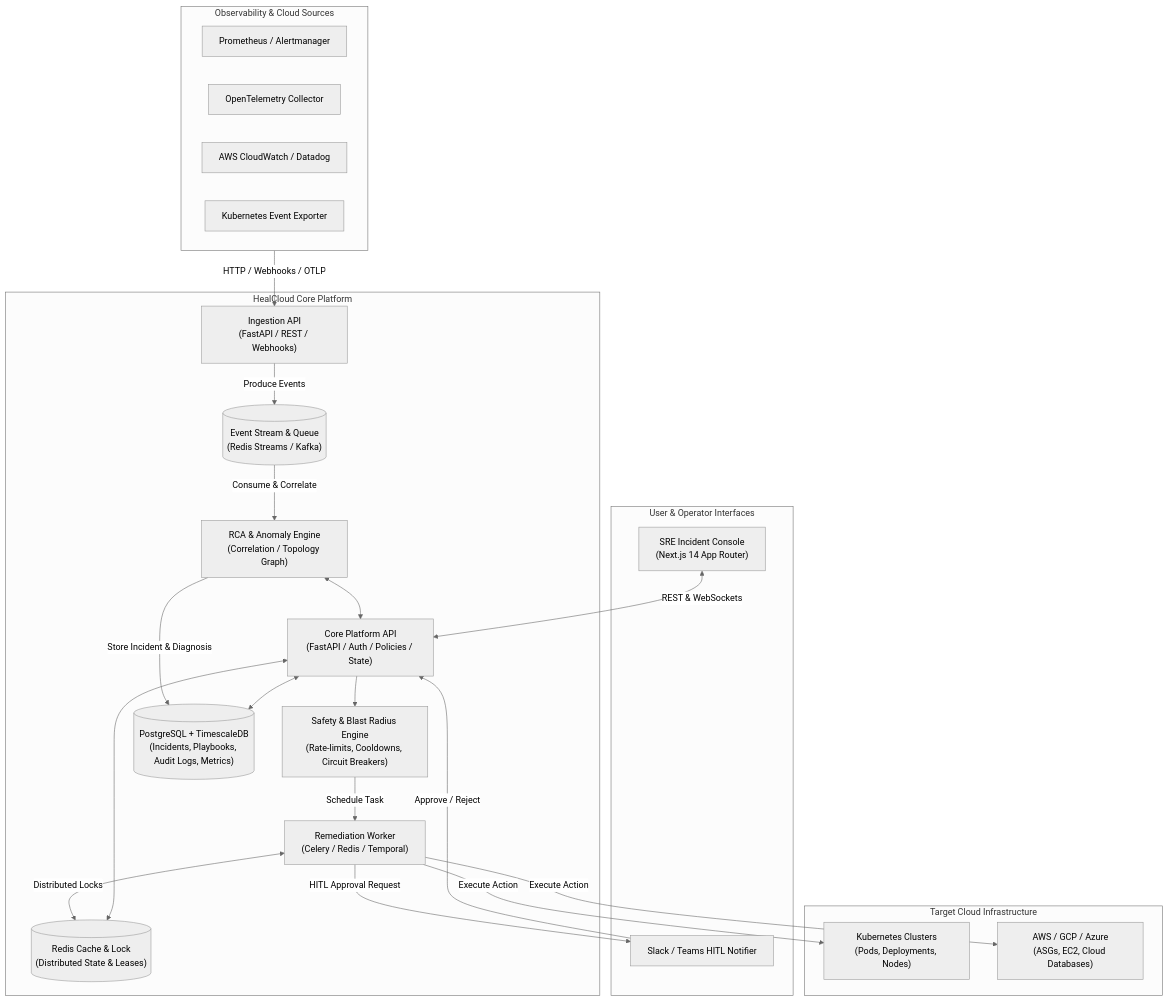
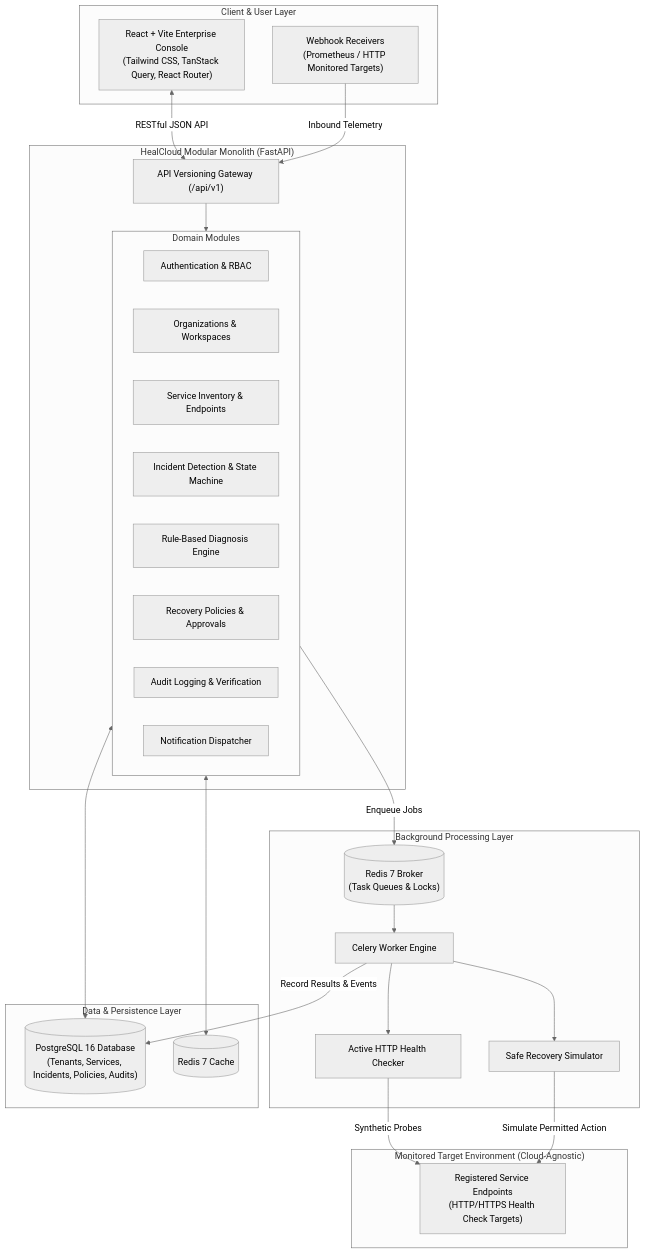
One commit to mdsuhail1409-jpg/heal-cloud changed the first of 2 diagrams in docs/SYSTEM_ARCHITECTURE.md. Above: the diagram before and after it, drawn with Mermaid (neutral theme). The commit also changed other lines of this file and 50 other files, not shown here.

````diff
--- a/docs/SYSTEM_ARCHITECTURE.md
+++ b/docs/SYSTEM_ARCHITECTURE.md
@@ -19,52 +20,55 @@
 ```mermaid
 flowchart TD
-    subgraph ObservabilitySources["Observability & Cloud Sources"]
-        Prom["Prometheus / Alertmanager"]
-        OTel["OpenTelemetry Collector"]
-        CW["AWS CloudWatch / Datadog"]
-        K8sEvt["Kubernetes Event Exporter"]
+    subgraph ClientLayer["Client & User Layer"]
+        SPA["React + Vite Enterprise Console\n(Tailwind CSS, TanStack Query, React Router)"]
+        Alerts["Webhook Receivers\n(Prometheus / HTTP Monitored Targets)"]
     end
 
-    subgraph HealCloudPlatform["HealCloud Core Platform"]
-        IngestAPI["Ingestion API\n(FastAPI / REST / Webhooks)"]
-        EventBus[("Event Stream & Queue\n(Redis Streams / Kafka)")]
+    subgraph CoreBackend["HealCloud Modular Monolith (FastAPI)"]
+        APIRouter["API Versioning Gateway (/api/v1)"]
         
-        CoreAPI["Core Platform API\n(FastAPI / Auth / Policies / State)"]
-        RCAEngine["RCA & Anomaly Engine\n(Correlation / Topology Graph)"]
-        
-        WorkerEngine["Remediation Worker\n(Celery / Redis / Temporal)"]
-        Guardrails["Safety & Blast Radius Engine\n(Rate-limits, Cooldowns, Circuit Breakers)"]
-        
-        DB[("PostgreSQL + TimescaleDB\n(Incidents, Playbooks, Audit Logs, Metrics)")]
-        Cache[("Redis Cache & Lock\n(Distributed State & Leases)")]
+        subgraph Modules["Domain Modules"]
+            AuthMod["Authentication & RBAC"]
+            TenantMod["Organizations & Workspaces"]
+            ServiceMod["Service Inventory & Endpoints"]
+            IncidentMod["Incident Detection & State Machine"]
+            DiagnosisMod["Rule-Based Diagnosis Engine"]
+            PolicyMod["Recovery Policies & Approvals"]
+            AuditMod["Audit Logging & Verification"]
+            NotifMod["Notification Dispatcher"]
+        end
     end
 
-    subgraph FrontendApp["User & Operator Interfaces"]
-        NextUI["SRE Incident Console\n(Next.js 14 App Router)"]
-        SlackBot["Slack / Teams HITL Notifier"]
+    subgraph AsyncWorker["Background Processing Layer"]
+        WorkerQueue[("Redis 7 Broker\n(Task Queues & Locks)")]
+        CeleryWorker["Celery Worker Engine"]
+        HealthChecker["Active HTTP Health Checker"]
+        RecoverySim["Safe Recovery Simulator"]
     end
 
-    subgraph ManagedInfrastructure["Target Cloud Infrastructure"]
-        TargetK8s["Kubernetes Clusters\n(Pods, Deployments, Nodes)"]
-        TargetAWS["AWS / GCP / Azure\n(ASGs, EC2, Cloud Databases)"]
+    subgraph StorageLayer["Data & Persistence Layer"]
+        PostgresDB[("PostgreSQL 16 Database\n(Tenants, Services, Incidents, Policies, Audits)")]
+        RedisCache[("Redis 7 Cache")]
     end
 
-    ObservabilitySources -->|HTTP / Webhooks / OTLP| IngestAPI
-    IngestAPI -->|Produce Events| EventBus
-    EventBus -->|Consume & Correlate| RCAEngine
-    RCAEngine <--> CoreAPI
-    RCAEngine -->|Store Incident & Diagnosis| DB
+    subgraph TargetServices["Monitored Target Environment (Cloud-Agnostic)"]
+        TestTargets["Registered Service Endpoints\n(HTTP/HTTPS Health Check Targets)"]
+    end
+
+    SPA <-->|RESTful JSON API| APIRouter
+    Alerts -->|Inbound Telemetry| APIRouter
+    APIRouter --> Modules
     
-    CoreAPI --> Guardrails
-    Guardrails -->|Schedule Task| WorkerEngine
-    WorkerEngine <-->|Distributed Locks| Cache
-    WorkerEngine -->|Execute Action| TargetK8s
-    WorkerEngine -->|Execute Action| TargetAWS
+    Modules <--> PostgresDB
+    Modules <--> RedisCache
+    Modules -->|Enqueue Jobs| WorkerQueue
+
+    WorkerQueue --> CeleryWorker
+    CeleryWorker --> HealthChecker
+    CeleryWorker --> RecoverySim
     
-    CoreAPI <--> DB
-    CoreAPI <--> Cache
+    HealthChecker -->|Synthetic Probes| TestTargets
+    RecoverySim -->|Simulate Permitted Action| TestTargets
     
-    NextUI <-->|REST & WebSockets| CoreAPI
-    WorkerEngine -->|HITL Approval Request| SlackBot
-    SlackBot -->|Approve / Reject| CoreAPI
+    CeleryWorker -->|Record Results & Events| PostgresDB
 ```
````
